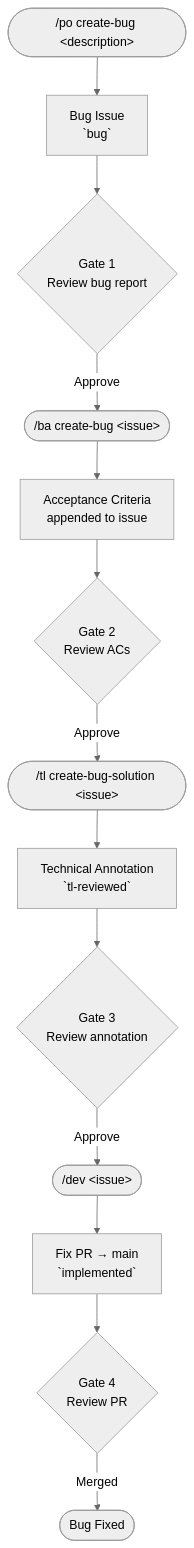
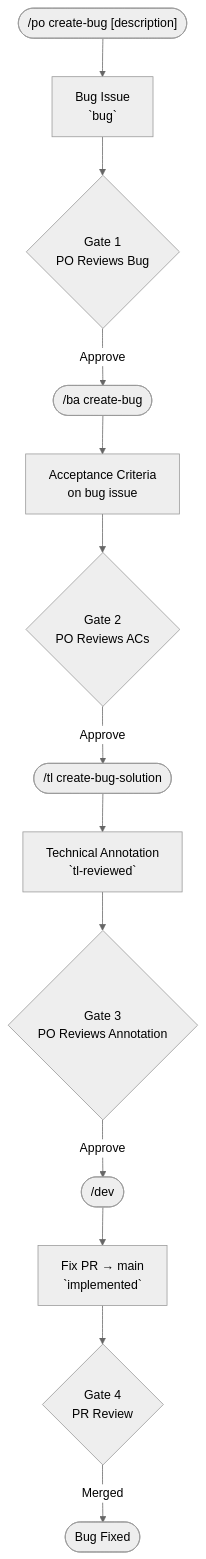
One commit to simpscal/notism changed the second of 4 diagrams in README.md. Above: the diagram before and after it, drawn with Mermaid (neutral theme). The commit also changed other lines of this file, not shown here.

````diff
--- a/README.md
+++ b/README.md
@@ -101,15 +64,15 @@
 ```mermaid
 flowchart TD
-    A(["/po create-bug &lt;description&gt;"]) --> B["Bug Issue<br/>`bug`"]
-    B --> G1{Gate 1<br/>Review bug report}
-    G1 -->|Approve| C(["/ba create-bug &lt;issue&gt;"])
-    C --> D["Acceptance Criteria<br/>appended to issue"]
-    D --> G2{Gate 2<br/>Review ACs}
-    G2 -->|Approve| E(["/tl create-bug-solution &lt;issue&gt;"])
+    A(["/po create-bug [description]"]) --> B["Bug Issue<br/>`bug`"]
+    B --> G1{Gate 1<br/>PO Reviews Bug}
+    G1 -->|Approve| C(["/ba create-bug <issue>"])
+    C --> D["Acceptance Criteria<br/>on bug issue"]
+    D --> G2{Gate 2<br/>PO Reviews ACs}
+    G2 -->|Approve| E(["/tl create-bug-solution <issue>"])
     E --> F["Technical Annotation<br/>`tl-reviewed`"]
-    F --> G3{Gate 3<br/>Review annotation}
-    G3 -->|Approve| H(["/dev &lt;issue&gt;"])
+    F --> G3{Gate 3<br/>PO Reviews Annotation}
+    G3 -->|Approve| H(["/dev <issue>"])
     H --> I["Fix PR → main<br/>`implemented`"]
-    I --> G4{Gate 4<br/>Review PR}
+    I --> G4{Gate 4<br/>PR Review}
     G4 -->|Merged| J([Bug Fixed])
 ```
````
